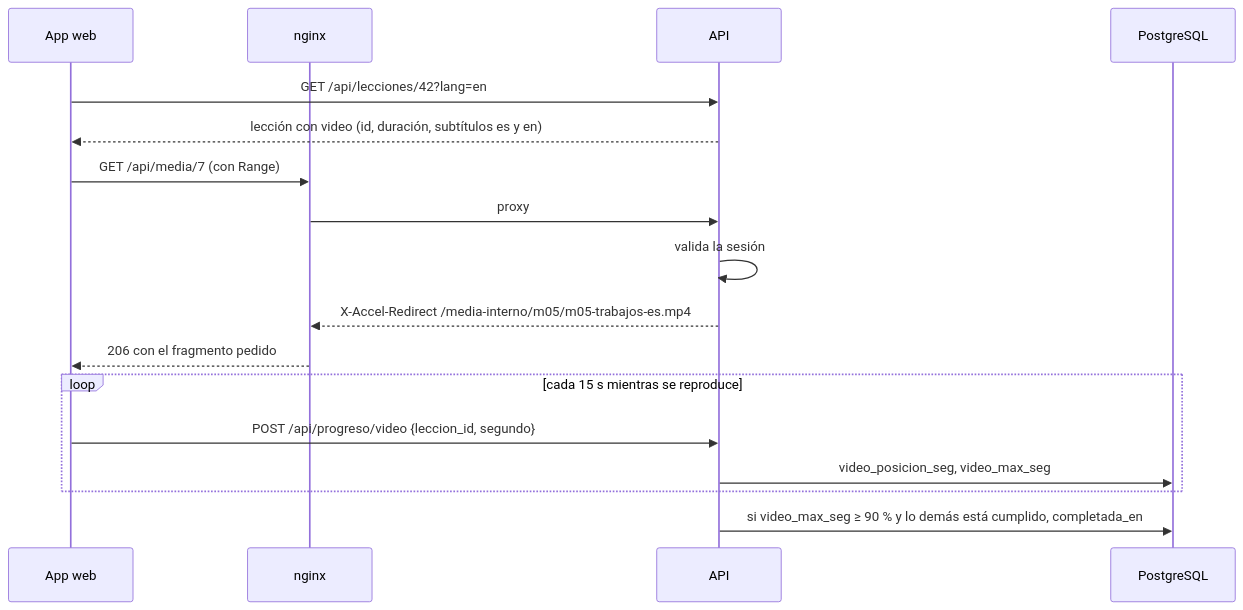
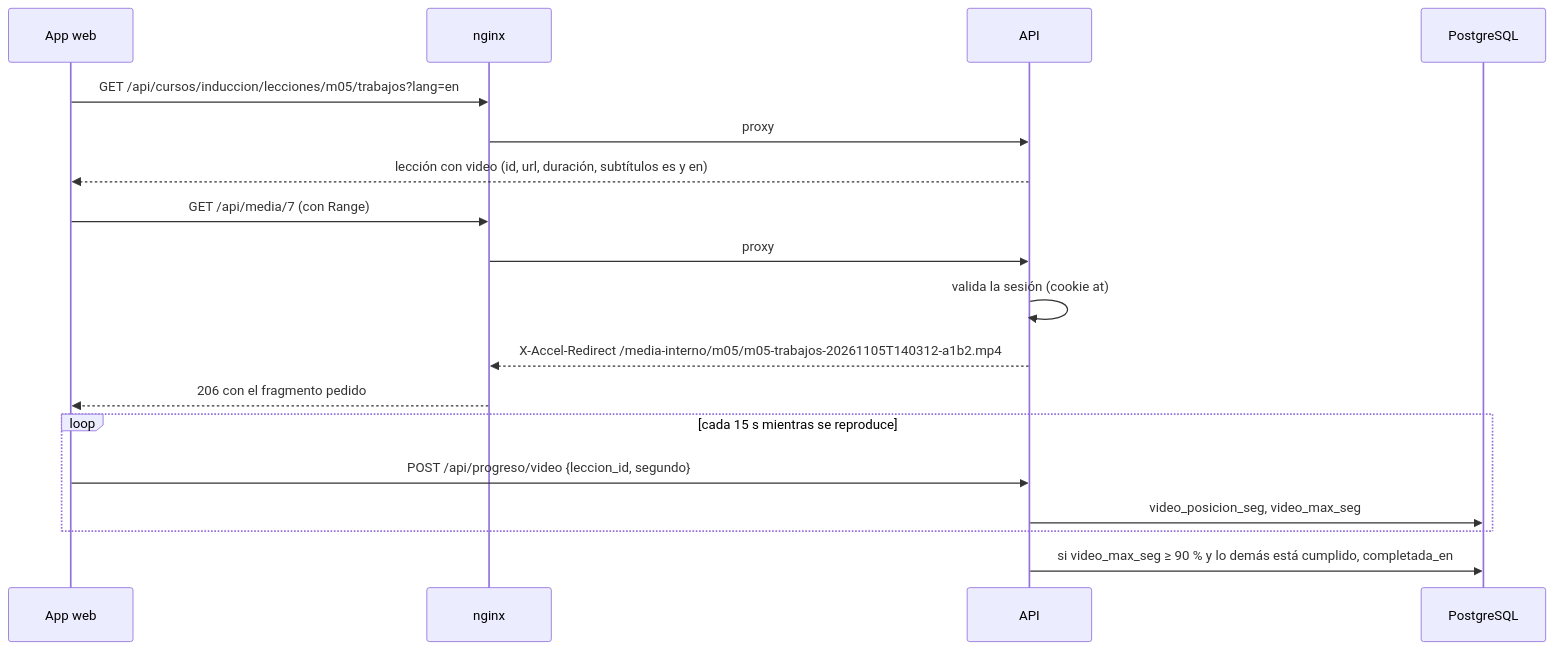
The sixth of 6 diagrams in docs/diseno/flujos.md (eafit-apolo/apolo-training), drawn with Mermaid before and after one commit. The commit also changed other lines of this file and 20 other files, not shown here.

````diff
--- a/docs/diseno/flujos.md
+++ b/docs/diseno/flujos.md
@@ -259,20 +259,21 @@
 ```mermaid
 sequenceDiagram
   participant W as App web
   participant N as nginx
   participant API as API
   participant DB as PostgreSQL
 
-  W->>API: GET /api/lecciones/42?lang=en
-  API-->>W: lección con video (id, duración, subtítulos es y en)
+  W->>N: GET /api/cursos/induccion/lecciones/m05/trabajos?lang=en
+  N->>API: proxy
+  API-->>W: lección con video (id, url, duración, subtítulos es y en)
   W->>N: GET /api/media/7 (con Range)
   N->>API: proxy
-  API->>API: valida la sesión
-  API-->>N: X-Accel-Redirect /media-interno/m05/m05-trabajos-es.mp4
+  API->>API: valida la sesión (cookie at)
+  API-->>N: X-Accel-Redirect /media-interno/m05/m05-trabajos-20261105T140312-a1b2.mp4
   N-->>W: 206 con el fragmento pedido
   loop cada 15 s mientras se reproduce
     W->>API: POST /api/progreso/video {leccion_id, segundo}
     API->>DB: video_posicion_seg, video_max_seg
   end
   API->>DB: si video_max_seg ≥ 90 % y lo demás está cumplido, completada_en
 ```
````
